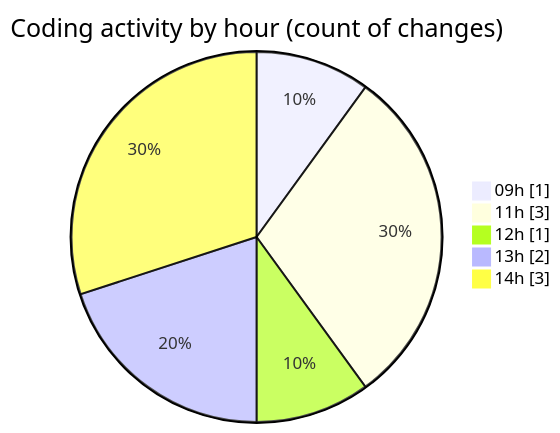
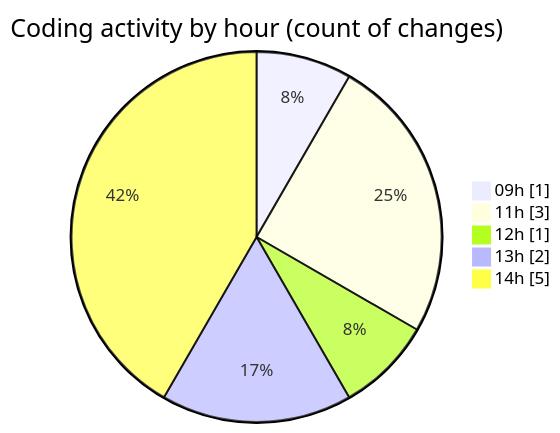
One commit to ricardozamudiocil/code-tracking changed the second of 2 diagrams in 2026-04-30/cilapp/README.md. Above: the diagram before and after it, drawn with Mermaid. The commit also changed other lines of this file and 1 other file, not shown here.

````diff
--- a/2026-04-30/cilapp/README.md
+++ b/2026-04-30/cilapp/README.md
@@ -32,9 +32,9 @@
 ```mermaid
 pie showData
 title Coding activity by hour (count of changes)
 "09h" : 1
 "11h" : 3
 "12h" : 1
 "13h" : 2
-"14h" : 3
+"14h" : 5
 ```
````
